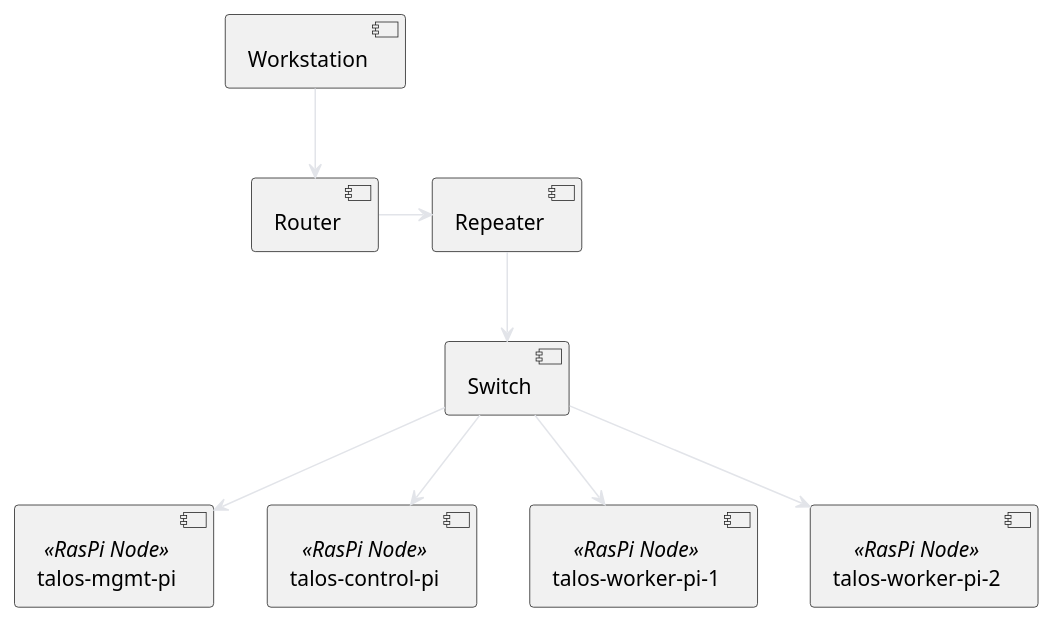
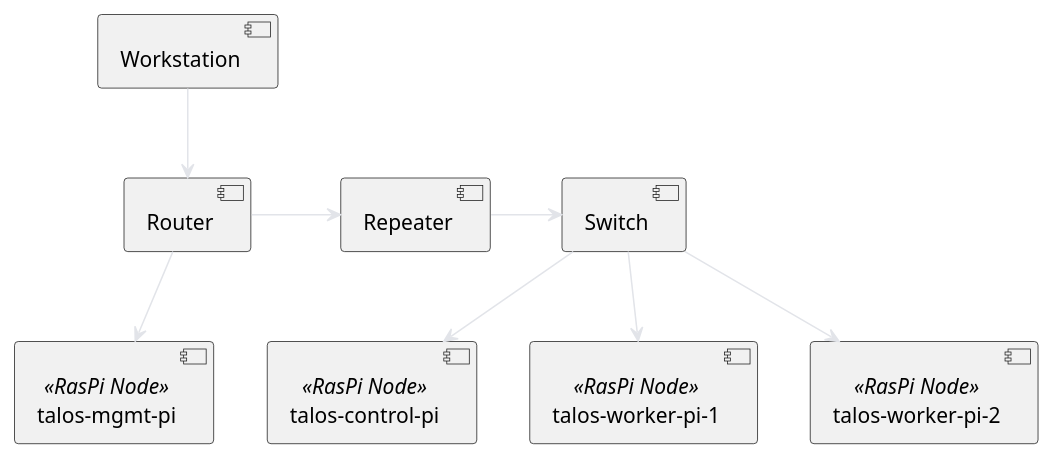
The diagram in docs/nodes/talos/index.md (sommerfeld-io/configs-homelab), drawn with PlantUML before and after one commit. The commit also changed other lines of this file and 2 other files, not shown here.

````diff
--- a/docs/nodes/talos/index.md
+++ b/docs/nodes/talos/index.md
@@ -137,32 +141,32 @@
 ```kroki-plantuml
 @startuml
 
 skinparam linetype polyline
 skinparam backgroundColor transparent
 skinparam fontColor #E2E4E9
 skinparam arrowColor #E2E4E9
 
 skinparam activity {
     'FontName Ubuntu
     FontName Roboto
 }
 
 component ws as "Workstation"
 component Router
 component Repeater
 component Switch
-component pi1 as "talos-mgmt-pi" <<RasPi Node>>
-component pi2 as "talos-control-pi" <<RasPi Node>>
-component pi3 as "talos-worker-pi-1" <<RasPi Node>>
-component pi4 as "talos-worker-pi-2" <<RasPi Node>>
+component pi_mgmt as "talos-mgmt-pi" <<RasPi Node>>
+component pi0 as "talos-control-pi" <<RasPi Node>>
+component pi1 as "talos-worker-pi-1" <<RasPi Node>>
+component pi2 as "talos-worker-pi-2" <<RasPi Node>>
 
 ws -down-> Router
 Router -right-> Repeater
-Repeater -down-> Switch
+Router -down-> pi_mgmt
+Repeater -right-> Switch
+Switch -down-> pi0
 Switch -down-> pi1
 Switch -down-> pi2
-Switch -down-> pi3
-Switch -down-> pi4
 
 @enduml
 ```
````
